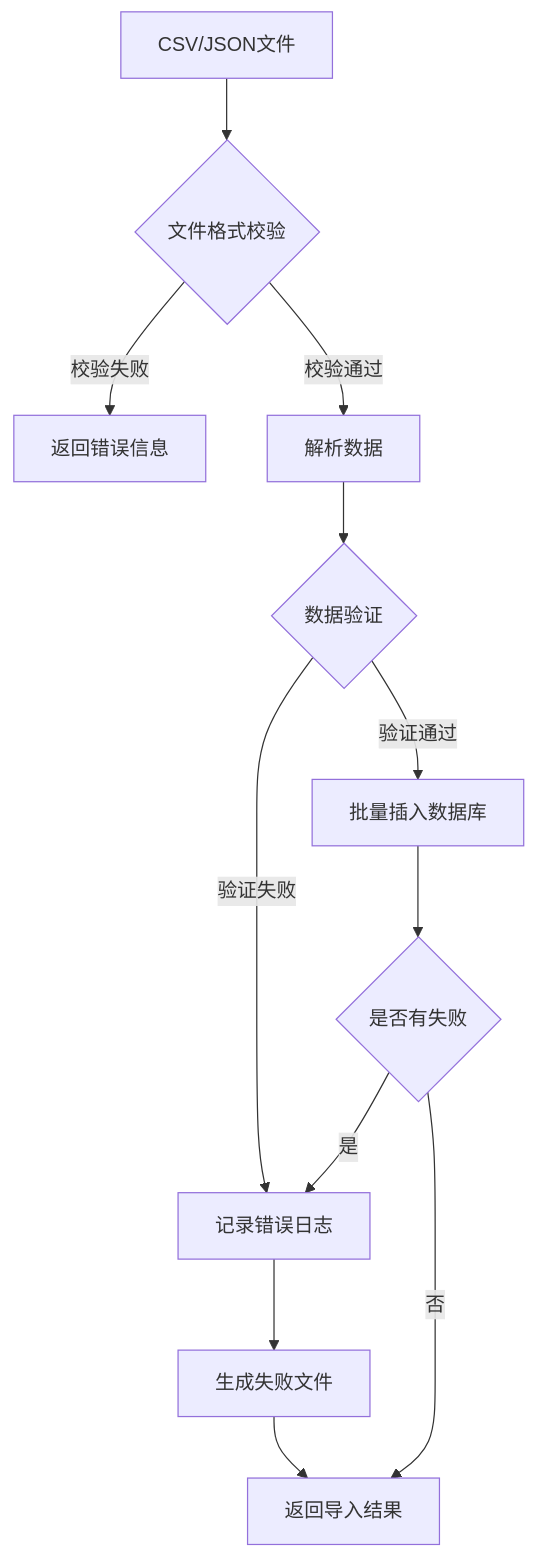
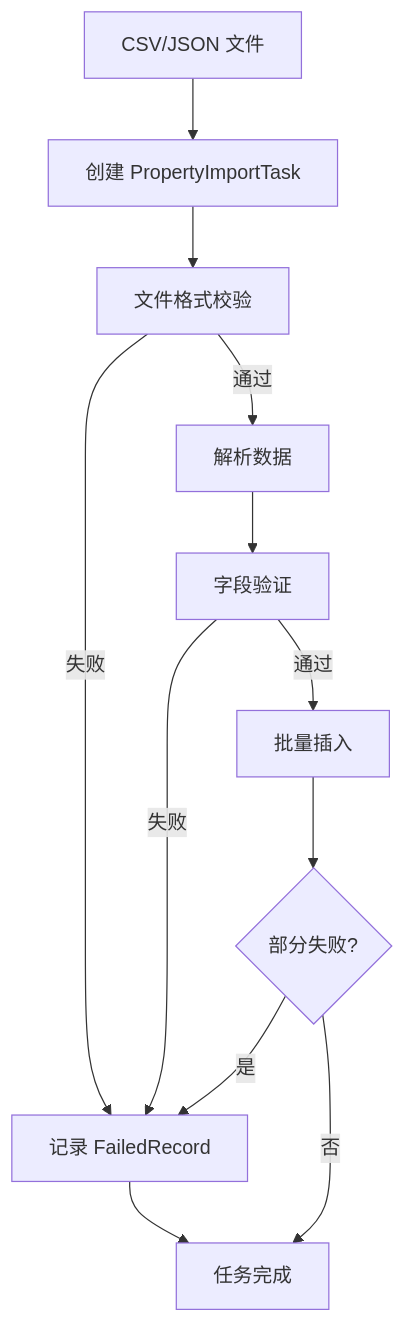
One commit to kakaoxy/profo changed the seventh of 8 diagrams in README.md. Above: the diagram before and after it, drawn with Mermaid. The commit also changed other lines of this file, not shown here.

````diff
--- a/README.md
+++ b/README.md
@@ -1577,14 +626,14 @@
 ```mermaid
 flowchart TD
-    A[CSV/JSON文件] --> B{文件格式校验}
-    B -->|校验失败| C[返回错误信息]
-    B -->|校验通过| D[解析数据]
-    D --> E{数据验证}
-    E -->|验证失败| F[记录错误日志]
-    F --> G[生成失败文件]
-    E -->|验证通过| H[批量插入数据库]
-    H --> I{是否有失败}
-    I -->|是| F
-    I -->|否| J[返回导入结果]
-    G --> J
+    A[CSV/JSON 文件] --> B[创建 PropertyImportTask]
+    B --> C[文件格式校验]
+    C -->|失败| D[记录 FailedRecord]
+    C -->|通过| E[解析数据]
+    E --> F[字段验证]
+    F -->|失败| D
+    F -->|通过| G[批量插入]
+    G --> H{部分失败?}
+    H -->|是| D
+    H -->|否| I[任务完成]
+    D --> I
 ```
````
